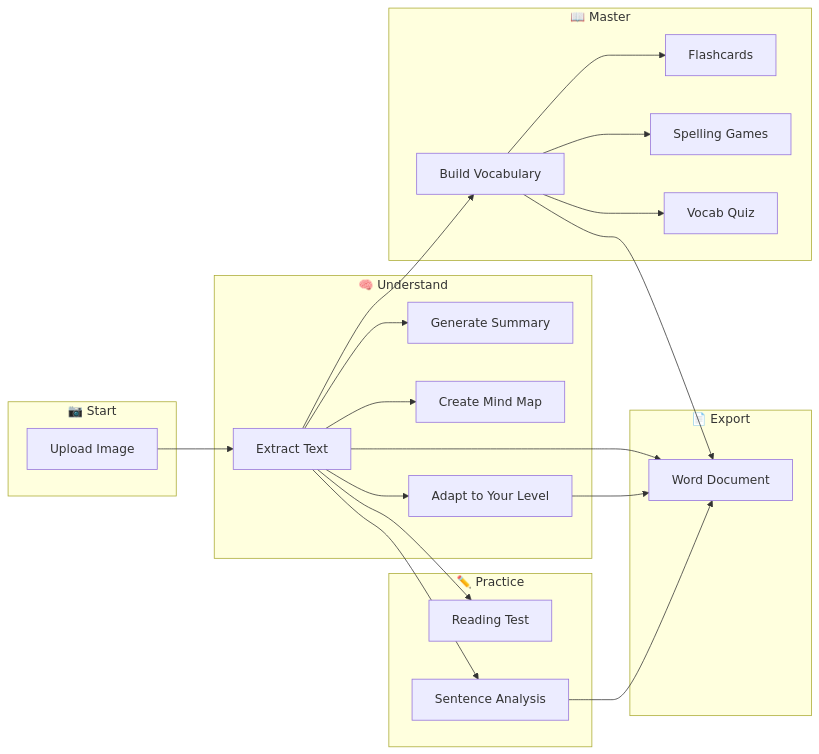
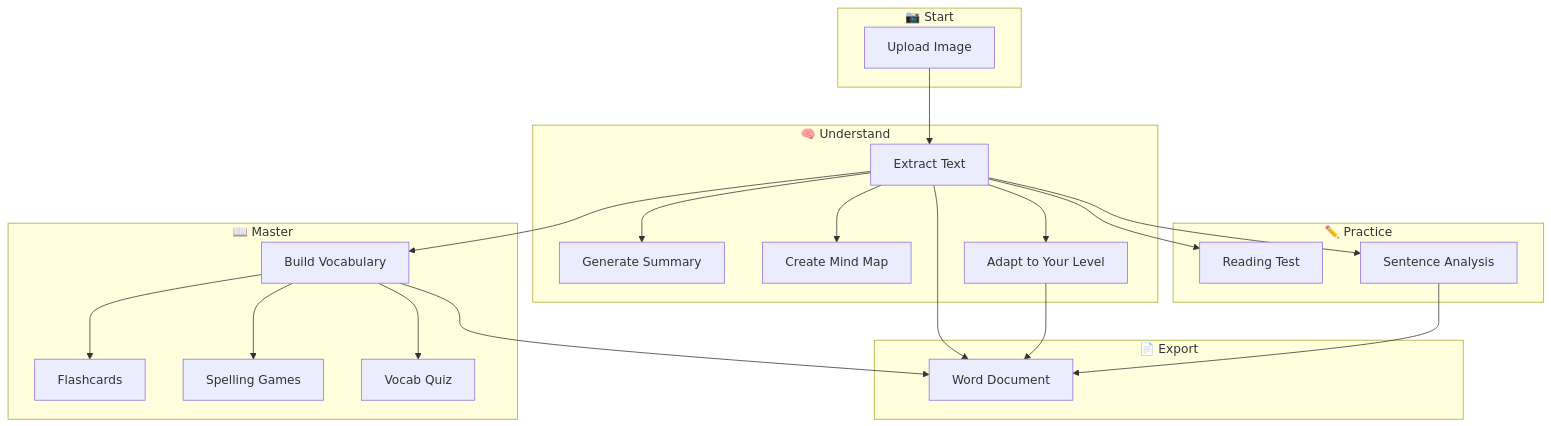
Before and after one commit to bentwnghk/reading-assistant: the diagram in README.md, drawn with Mermaid. The commit also changed 2 other files, not shown here.

Commit message:
Update README and About

````diff
--- a/README.md
+++ b/README.md
@@ -30,34 +30,44 @@
 ```mermaid
-flowchart LR
+flowchart TD
     subgraph INPUT["📷 Start"]
         A[Upload Image]
     end
     
     subgraph UNDERSTAND["🧠 Understand"]
         B[Extract Text]
         C[Generate Summary]
         D[Create Mind Map]
         E[Adapt to Your Level]
     end
     
     subgraph PRACTICE["✏️ Practice"]
         F[Reading Test]
         G[Sentence Analysis]
     end
     
     subgraph MASTER["📖 Master"]
         H[Build Vocabulary]
         I[Flashcards]
         J[Spelling Games]
         K[Vocab Quiz]
     end
     
     subgraph EXPORT["📄 Export"]
         L[Word Document]
     end
     
-    A --> B --> C & D & E
-    B --> F & G
-    B --> H --> I & J & K
-    B & E & G & H --> L
+    A --> B
+    B --> C
+    B --> D
+    B --> E
+    B --> F
+    B --> G
+    B --> H
+    H --> I
+    H --> J
+    H --> K
+    B --> L
+    E --> L
+    G --> L
+    H --> L
 ```
````
